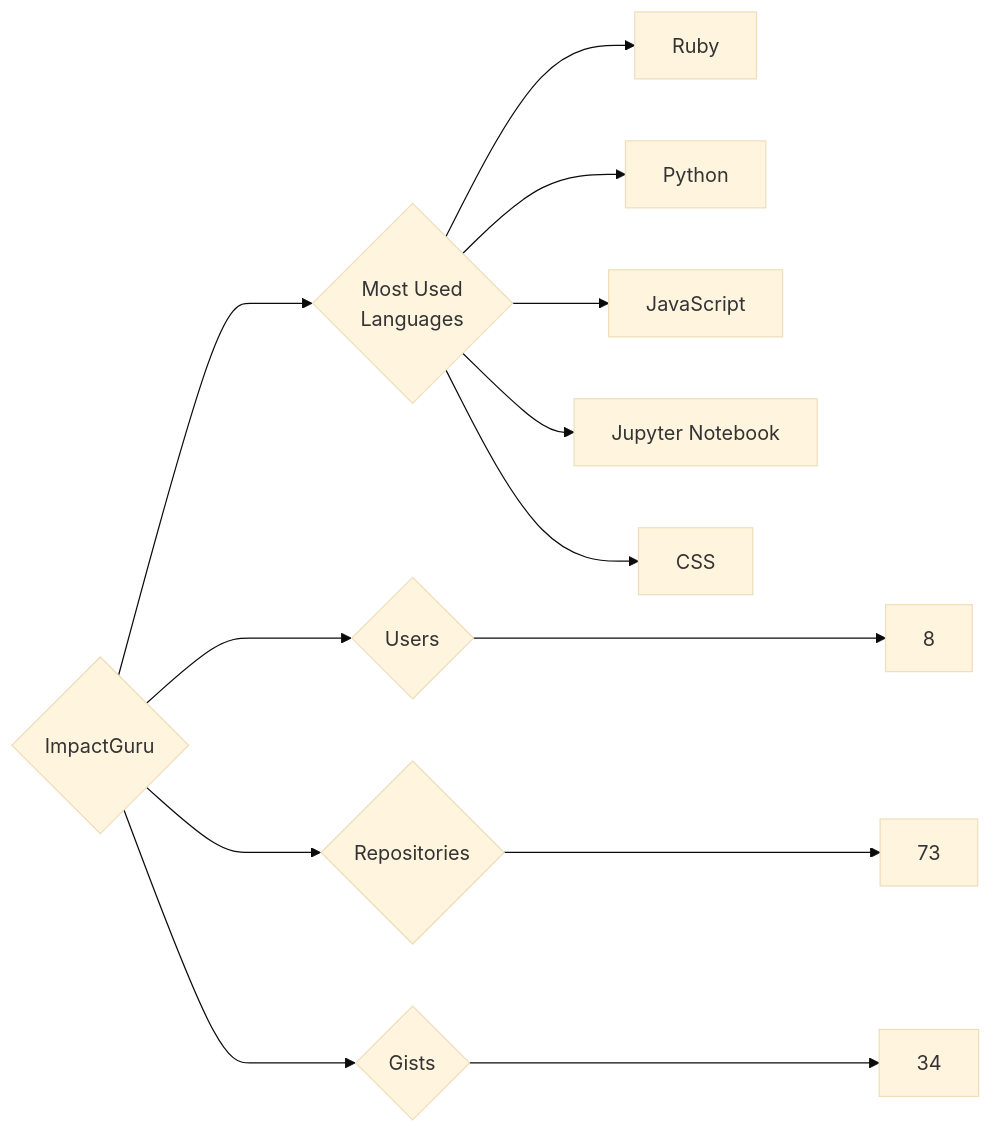
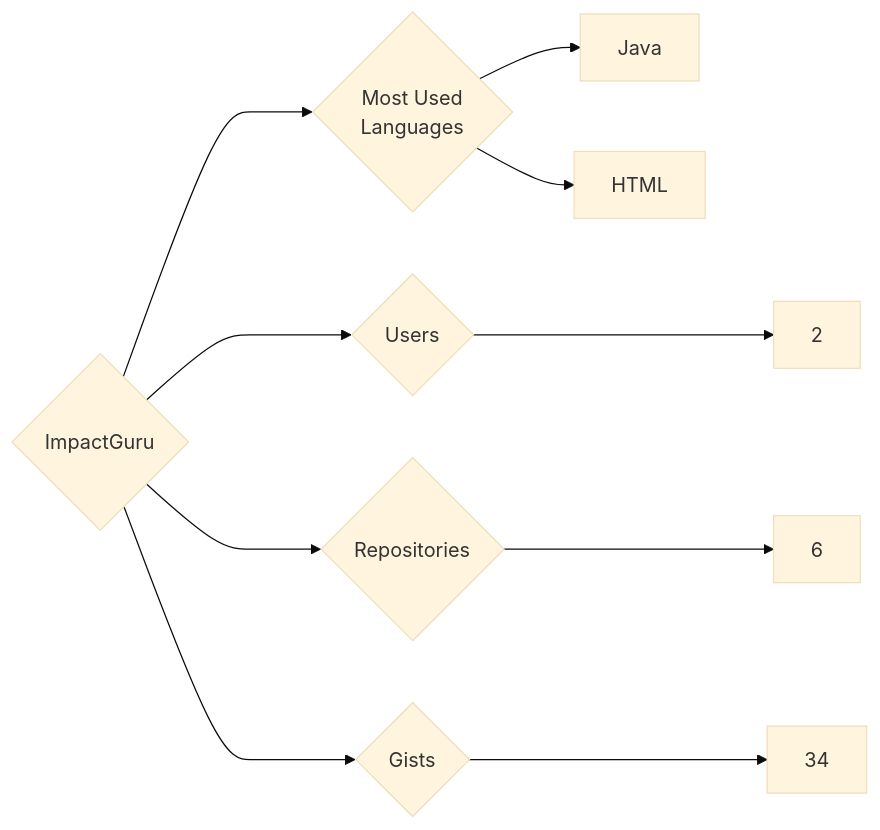
Before and after one commit to trickest/insiders: the diagram in targets/ImpactGuru/README.md, drawn with Mermaid (base theme). The commit also changed 736 other files, not shown here.

````diff
--- a/targets/ImpactGuru/README.md
+++ b/targets/ImpactGuru/README.md
@@ -3,13 +3,10 @@
 ```mermaid
 graph LR
 COMPANY_NAME{ImpactGuru}
-COMPANY_NAME ---> U{Users} ---> UN[8]
-COMPANY_NAME ---> R{Repositories} ---> RN[73]
+COMPANY_NAME ---> U{Users} ---> UN[2]
+COMPANY_NAME ---> R{Repositories} ---> RN[6]
 COMPANY_NAME ---> G{Gists} ---> GN[34]
 COMPANY_NAME ---> ML{Most Used<br>Languages}
-ML --> Ruby[Ruby]
-ML --> Python[Python]
-ML --> JavaScript[JavaScript]
-ML --> Jupyter_Notebook[Jupyter Notebook]
-ML --> CSS[CSS]
+ML --> Java[Java]
+ML --> HTML[HTML]
 ```
````
